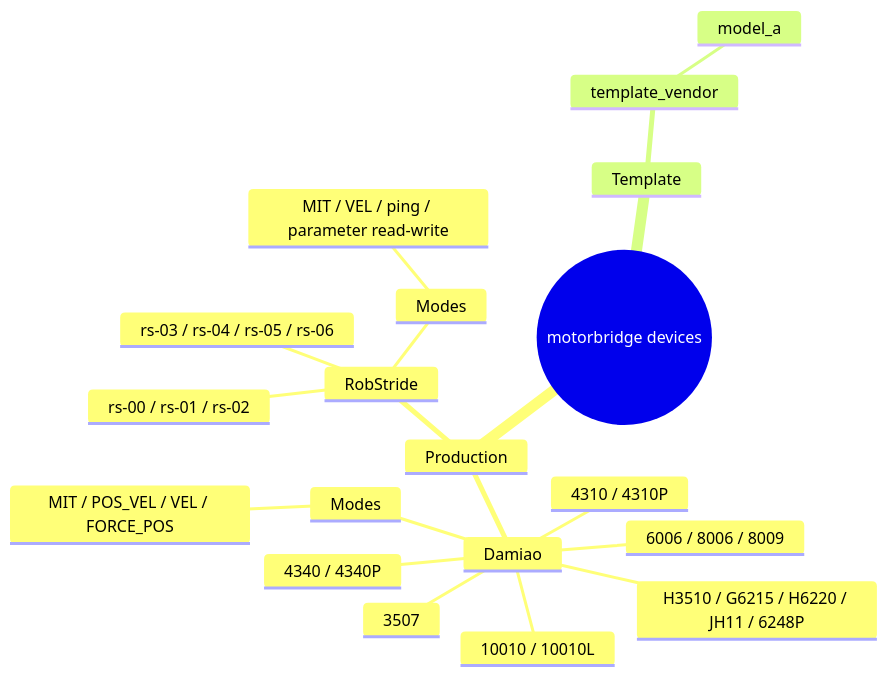
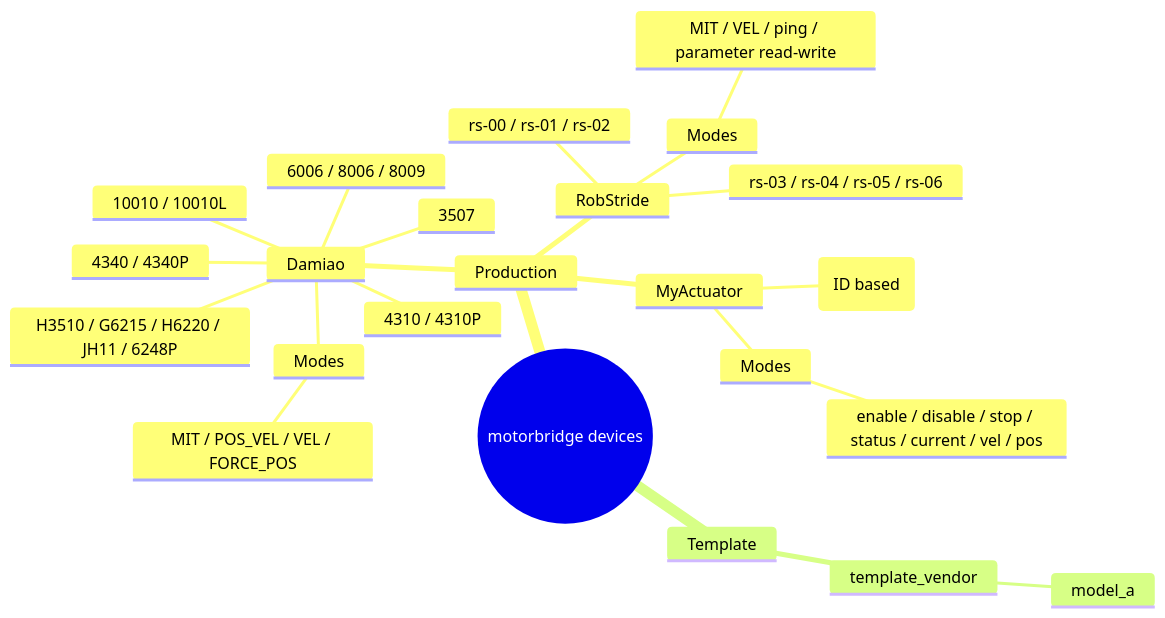
One commit to tianrking/motorbridge changed the diagram in docs/en/devices.md. Above: the diagram before and after it, drawn with Mermaid. The commit also changed other lines of this file and 42 other files, not shown here.

````diff
--- a/docs/en/devices.md
+++ b/docs/en/devices.md
@@ -5,22 +5,26 @@
 ```mermaid
 mindmap
   root((motorbridge devices))
     Production
       Damiao
         3507
         4310 / 4310P
         4340 / 4340P
         6006 / 8006 / 8009
         10010 / 10010L
         H3510 / G6215 / H6220 / JH11 / 6248P
         Modes
           MIT / POS_VEL / VEL / FORCE_POS
       RobStride
         rs-00 / rs-01 / rs-02
         rs-03 / rs-04 / rs-05 / rs-06
         Modes
           MIT / VEL / ping / parameter read-write
+      MyActuator
+        X-series (ID based)
+        Modes
+          enable / disable / stop / status / current / vel / pos
     Template
       template_vendor
         model_a
 ```
````
